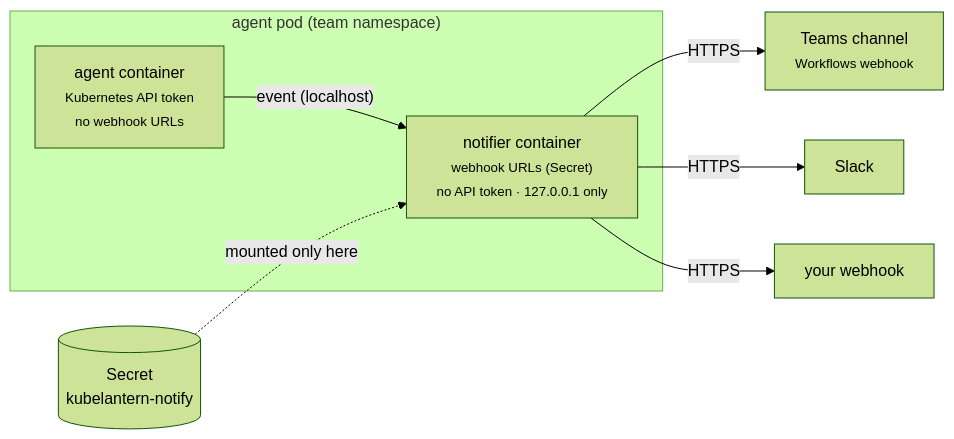
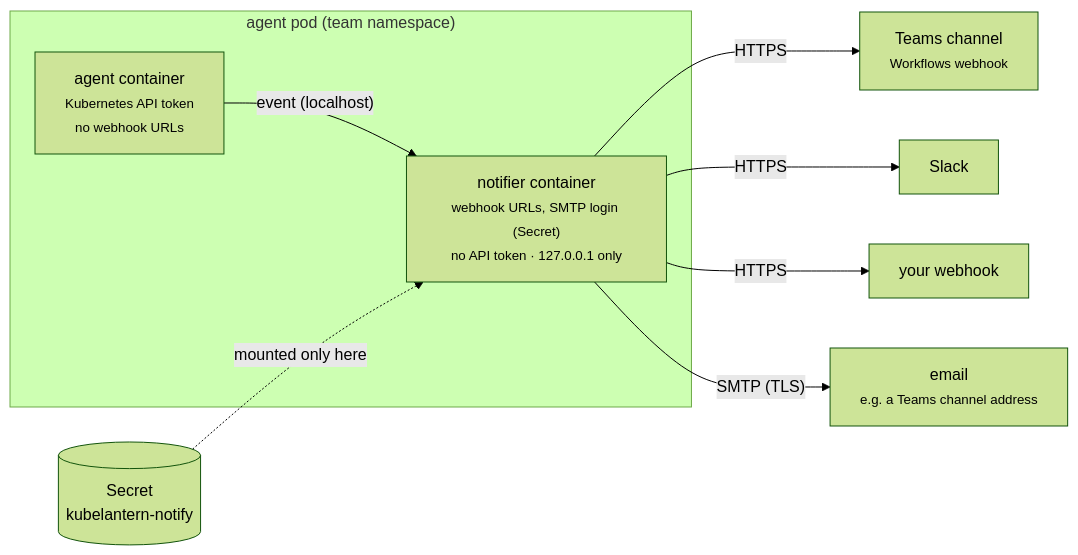
Before and after one commit to rohitshalgar11/KubeLantern: the diagram in docs/notifications.md, drawn with Mermaid (forest theme). The commit also changed other lines of this file and 20 other files, not shown here.

````diff
--- a/docs/notifications.md
+++ b/docs/notifications.md
@@ -8,12 +8,13 @@
 ```mermaid
 flowchart LR
     subgraph pod["agent pod (team namespace)"]
         agent["agent container<br/><small>Kubernetes API token<br/>no webhook URLs</small>"]
-        notifier["notifier container<br/><small>webhook URLs (Secret)<br/>no API token · 127.0.0.1 only</small>"]
+        notifier["notifier container<br/><small>webhook URLs, SMTP login (Secret)<br/>no API token · 127.0.0.1 only</small>"]
         agent -- "event (localhost)" --> notifier
     end
     secret[("Secret<br/>kubelantern-notify")] -. mounted only here .-> notifier
     notifier -- HTTPS --> teams["Teams channel<br/><small>Workflows webhook</small>"]
     notifier -- HTTPS --> slack["Slack"]
     notifier -- HTTPS --> hook["your webhook"]
+    notifier -- "SMTP (TLS)" --> mail["email<br/><small>e.g. a Teams channel address</small>"]
 ```
````
